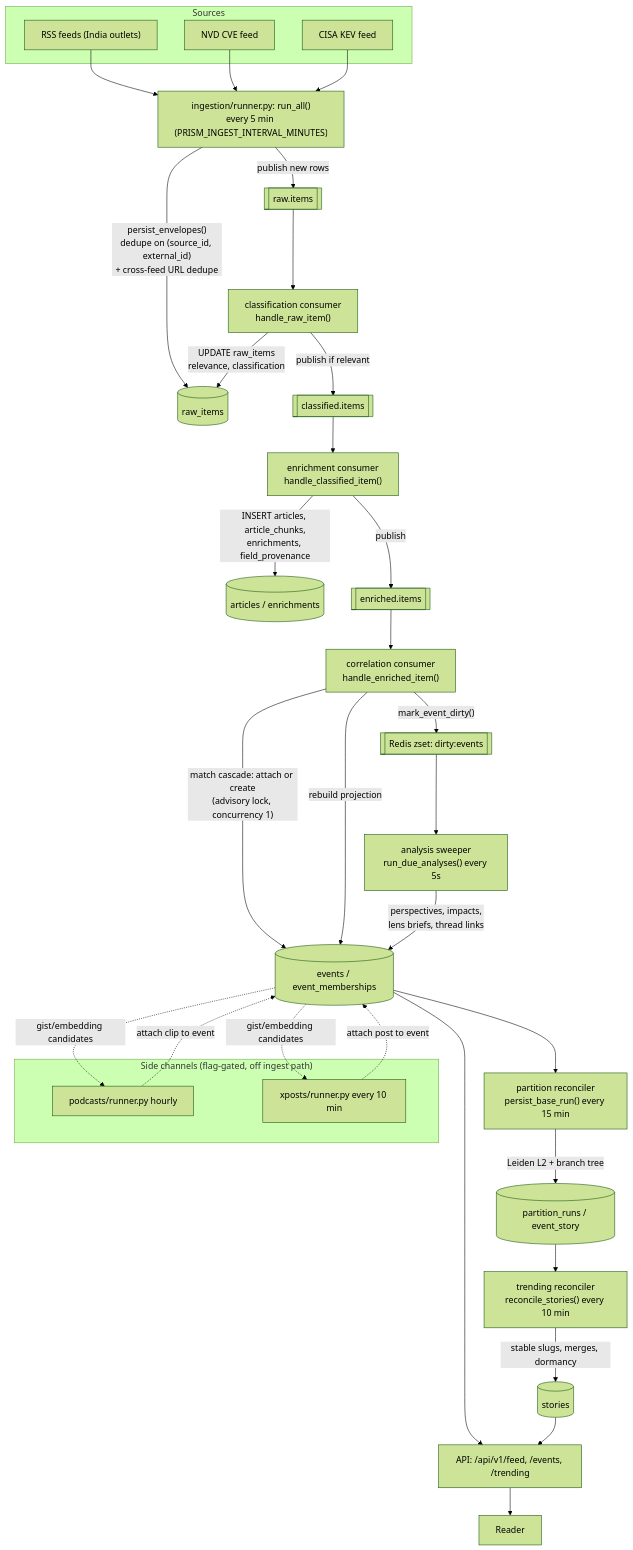
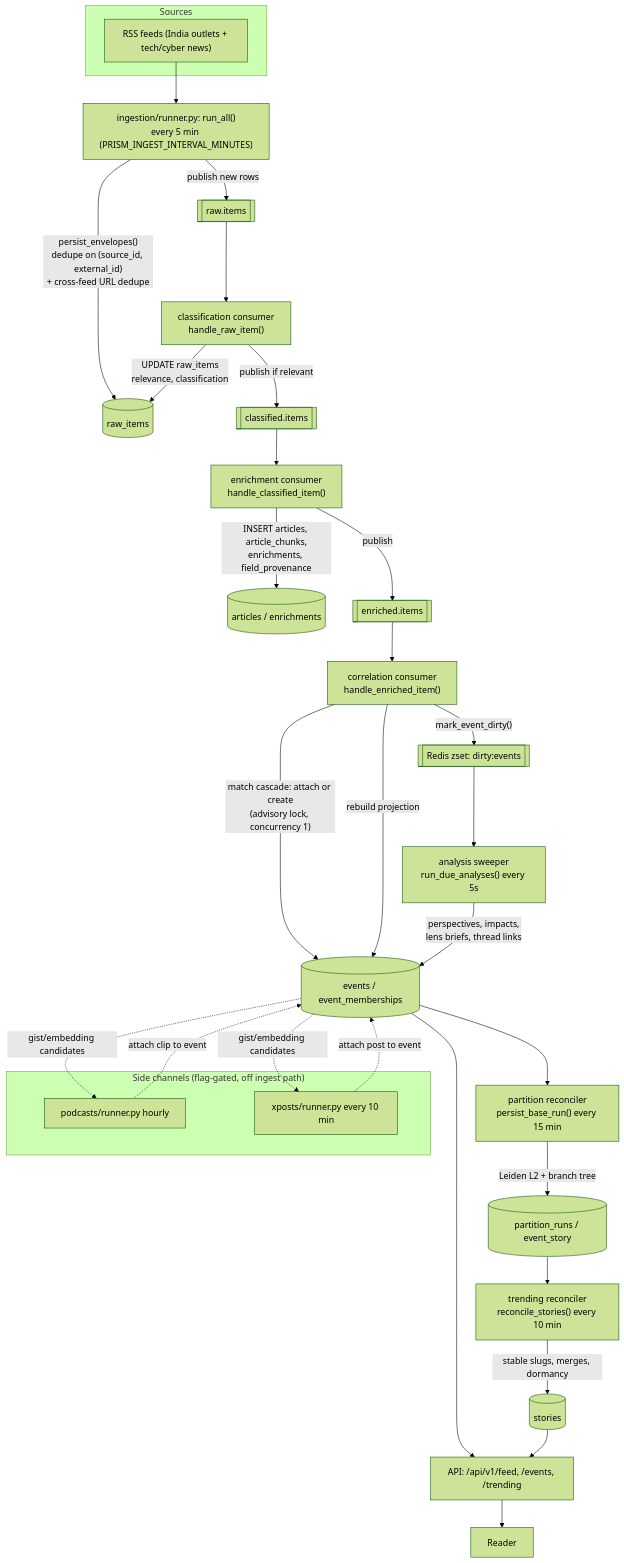
Before and after one commit to Matryx-Social-Labs/prism: the first of 3 diagrams in docs/PIPELINE.md, drawn with Mermaid (forest theme). The commit also changed other lines of this file and 36 other files, not shown here.

First line of the commit message:
refactor: remove the NVD and CISA KEV collectors — news only, never vulnerability records

````diff
--- a/docs/PIPELINE.md
+++ b/docs/PIPELINE.md
@@ -50,49 +50,45 @@
 ```mermaid
 flowchart TD
     subgraph Sources
-        RSS["RSS feeds (India outlets)"]
-        NVD["NVD CVE feed"]
-        KEV["CISA KEV feed"]
+        RSS["RSS feeds (India outlets + tech/cyber news)"]
     end
 
     RSS --> ING["ingestion/runner.py: run_all()<br/>every 5 min (PRISM_INGEST_INTERVAL_MINUTES)"]
-    NVD --> ING
-    KEV --> ING
 
     ING -->|"persist_envelopes()<br/>dedupe on (source_id, external_id)<br/>+ cross-feed URL dedupe"| RI[("raw_items")]
     ING -->|publish new rows| S1[["raw.items"]]
 
     S1 --> CLS["classification consumer<br/>handle_raw_item()"]
     CLS -->|"UPDATE raw_items<br/>relevance, classification"| RI
     CLS -->|"publish if relevant"| S2[["classified.items"]]
 
     S2 --> ENR["enrichment consumer<br/>handle_classified_item()"]
     ENR -->|"INSERT articles, article_chunks,<br/>enrichments, field_provenance"| ART[("articles / enrichments")]
     ENR -->|publish| S3[["enriched.items"]]
 
     S3 --> COR["correlation consumer<br/>handle_enriched_item()"]
     COR -->|"match cascade: attach or create<br/>(advisory lock, concurrency 1)"| EV[("events / event_memberships")]
     COR -->|"rebuild projection"| EV
     COR -->|"mark_event_dirty()"| DIRTY[["Redis zset: dirty:events"]]
 
     DIRTY --> SWEEP["analysis sweeper<br/>run_due_analyses() every 5s"]
     SWEEP -->|"perspectives, impacts,<br/>lens briefs, thread links"| EV
 
     EV --> PART["partition reconciler<br/>persist_base_run() every 15 min"]
     PART -->|"Leiden L2 + branch tree"| STORYRUN[("partition_runs / event_story")]
     STORYRUN --> TREND["trending reconciler<br/>reconcile_stories() every 10 min"]
     TREND -->|"stable slugs, merges, dormancy"| STORIES[("stories")]
 
     EV --> API["API: /api/v1/feed, /events, /trending"]
     STORIES --> API
     API --> READER["Reader"]
 
     subgraph SideChannels["Side channels (flag-gated, off ingest path)"]
         POD["podcasts/runner.py hourly"]
         XP["xposts/runner.py every 10 min"]
     end
     EV -.->|"gist/embedding candidates"| POD
     EV -.->|"gist/embedding candidates"| XP
     POD -.->|"attach clip to event"| EV
     XP -.->|"attach post to event"| EV
 ```
````
